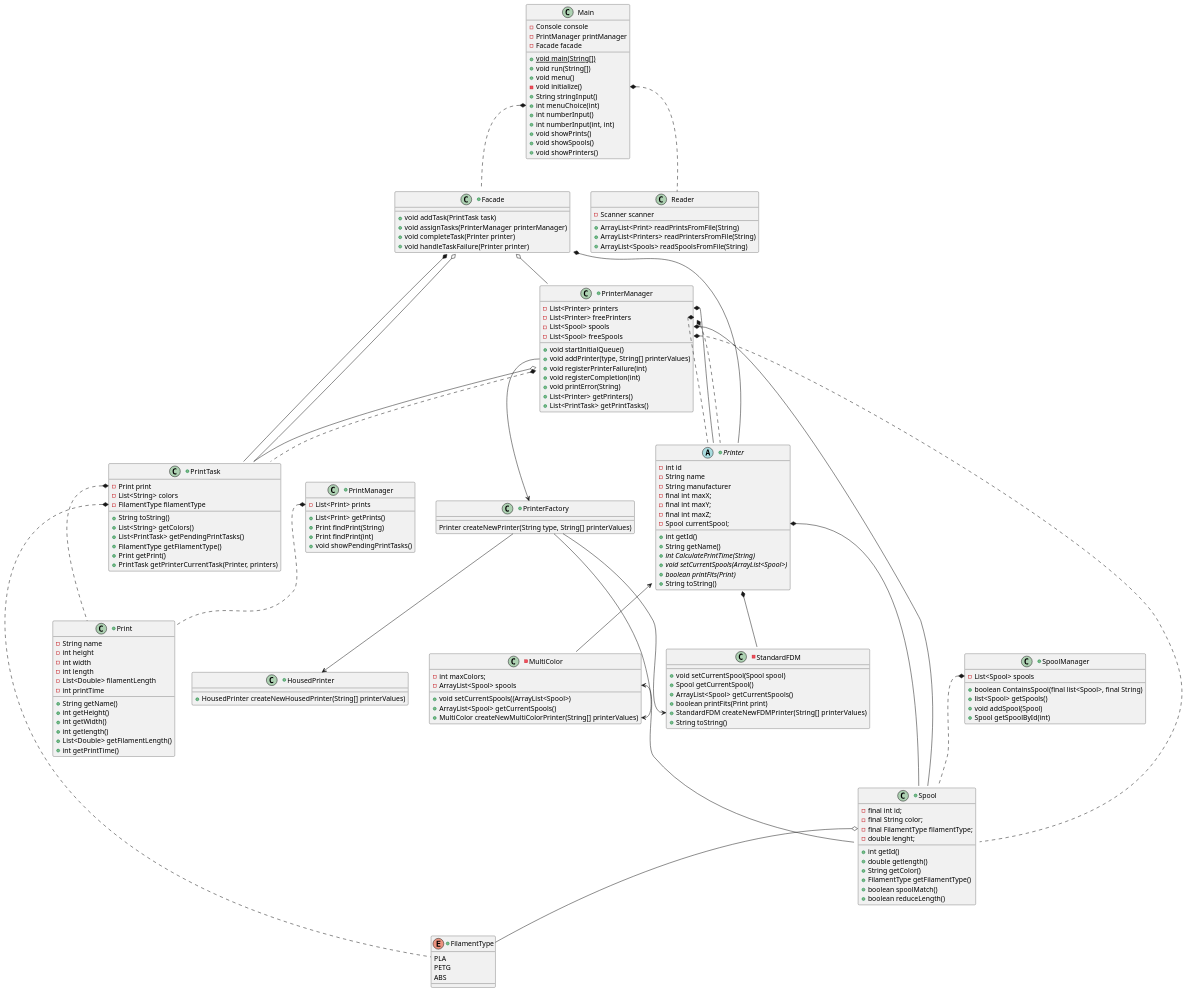
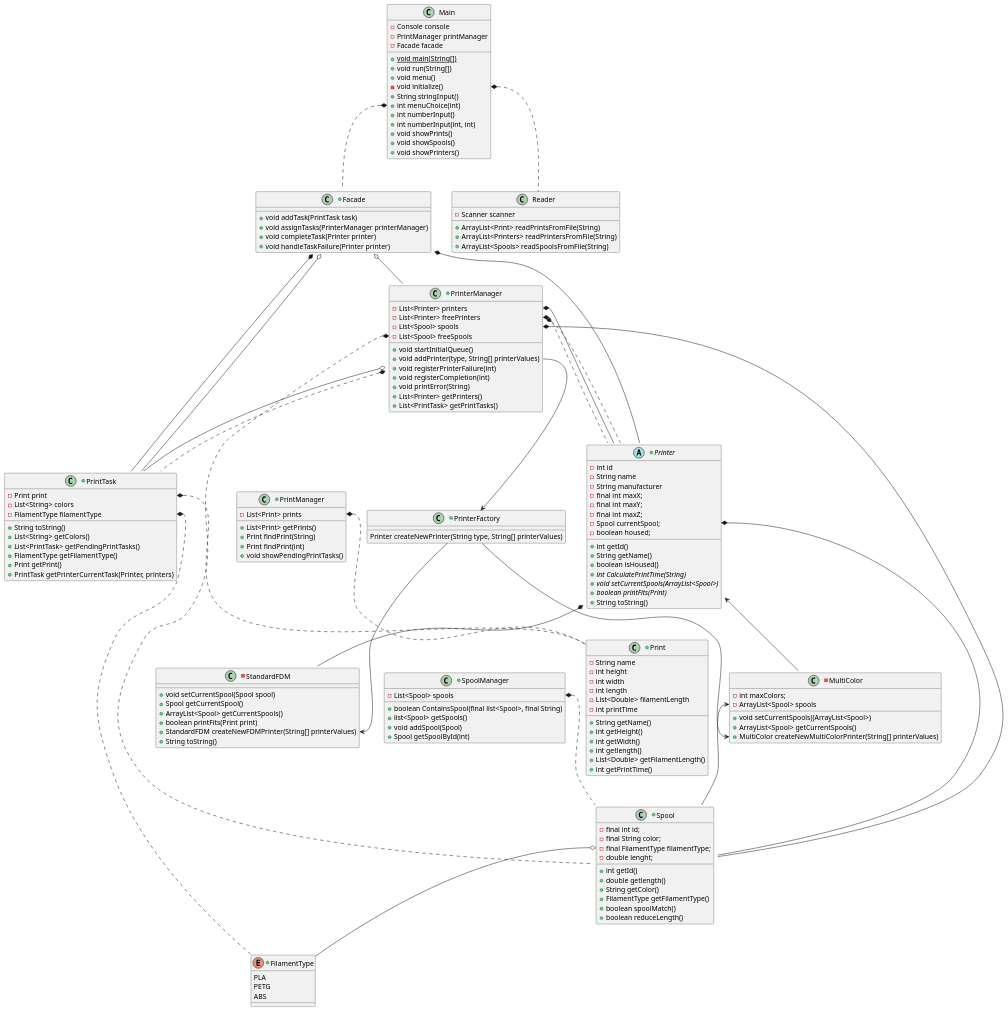
Before and after one commit to mhountsword/SysteemOntwerp: the diagram in 3dprintscheduler-main/docs/diagrams/NewClassDiagram.puml, drawn with PlantUML.

```diff
--- a/3dprintscheduler-main/docs/diagrams/NewClassDiagram.puml
+++ b/3dprintscheduler-main/docs/diagrams/NewClassDiagram.puml
@@ -1,187 +1,185 @@
 @startuml
 'https://plantuml.com/class-diagram
 
 class Main {
 -Console console
 -PrintManager printManager
 -Facade facade
 +{static}void main(String[])
 +void run(String[])
 +void menu()
 -void initialize()
 +String stringInput()
 +int menuChoice(int)
 +int numberInput()
 +int numberInput(int, int)
 +void showPrints()
 +void showSpools()
 +void showPrinters()
 }
 
 class Reader {
 -Scanner scanner
 +ArrayList<Print> readPrintsFromFile(String)
 +ArrayList<Printers> readPrintersFromFile(String)
 +ArrayList<Spools> readSpoolsFromFile(String)
 }
 
 Main::menuChoice *.. Facade
 Main::initialize *.. Reader
 
 +class PrinterManager{
 -List<Printer> printers
 -List<Printer> freePrinters
 -List<Spool> spools
 -List<Spool> freeSpools
 +void startInitialQueue()
 +void addPrinter(type, String[] printerValues)
 +void registerPrinterFailure(int)
 +void registerCompletion(int)
 +void printError(String)
 +List<Printer> getPrinters()
 +List<PrintTask> getPrintTasks()
 }
 PrinterManager::printers *-- Printer
 PrinterManager::freePrinters *.. Printer
 PrinterManager::pendingPrintTasks o-- PrintTask
 PrinterManager::spools *-- Spool
 PrinterManager::freeSpools *.. Spool
 PrinterManager::runningPrintTask *.. Printer
 PrinterManager::runningPrintTask *.. PrintTask
 
 +class Facade{
     + void addTask(PrintTask task)
     + void assignTasks(PrinterManager printerManager)
     + void completeTask(Printer printer)
     + void handleTaskFailure(Printer printer)
 }
 Facade::runningTasks *-- Printer
 Facade::runningTasks *-- PrintTask
 Facade o-- PrinterManager
 Facade o-- PrintTask
 
 +class PrintManager{
 -List<Print> prints
 +List<Print> getPrints()
 +Print findPrint(String)
 +Print findPrint(int)
 +void showPendingPrintTasks()
 }
 PrintManager::prints *.. Print
 
 
 +class SpoolManager{
 -List<Spool> spools
 +boolean ContainsSpool(final list<Spool>, final String)
 +list<Spool> getSpools()
 +void addSpool(Spool)
 +Spool getSpoolById(int)
 }
 
 SpoolManager::spools *.. Spool
 
 +class PrintTask{
 -Print print
 -List<String> colors
 -FilamentType filamentType
 +String toString()
 +List<String> getColors()
 +List<PrintTask> getPendingPrintTasks()
 +FilamentType getFilamentType()
 +Print getPrint()
 +PrintTask getPrinterCurrentTask(Printer, printers)
 }
 
 PrintTask::print *.. Print
 PrintTask::filamentType *.. FilamentType
 
 +enum FilamentType{
     PLA
     PETG
     ABS
 }
 
 +abstract class Printer{
 - int id
 -String name
 -String manufacturer
 + int getId()
 + String getName()
 - final int maxX;
 - final int maxY;
 - final int maxZ;
 - Spool currentSpool;
+- boolean housed;
++ boolean isHoused()
 + {abstract} int CalculatePrintTime(String)
-+{abstract} void setCurrentSpools(ArrayList<Spool>)
++ {abstract} void setCurrentSpools(ArrayList<Spool>)
 + {abstract} boolean printFits(Print)
 +String toString()
+
 }
 Printer::currentSpool *-- Spool
 
 +class Print{
 -String name
 - int height
 - int width
 - int length
 - List<Double> filamentLength
 - int printTime
 + String getName()
 + int getHeight()
 + int getWidth()
 + int getlength()
 + List<Double> getFilamentLength()
 + int getPrintTime()
 }
 
 +class Spool{
 - final int id;
 - final String color;
 - final FilamentType filamentType;
 -double lenght;
 +int getId()
 +double getlength()
 +String getColor()
 +FilamentType getFilamentType()
 + boolean spoolMatch()
 +boolean reduceLength()
 }
 
 Spool::filamentType o-- FilamentType
 
 
 -class StandardFDM{
 +void setCurrentSpool(Spool spool)
 +Spool getCurrentSpool()
 +ArrayList<Spool> getCurrentSpools()
 +boolean printFits(Print print)
 +StandardFDM createNewFDMPrinter(String[] printerValues)
 +String toString()
 }
 
-+class HousedPrinter{
-+HousedPrinter createNewHousedPrinter(String[] printerValues)
-}
-
 Printer *-- StandardFDM
 
 -class MultiColor{
 - int maxColors;
 - ArrayList<Spool> spools
 +void setCurrentSpools((ArrayList<Spool>)
 +ArrayList<Spool> getCurrentSpools()
 +MultiColor createNewMultiColorPrinter(String[] printerValues)
 }
 Printer <-- MultiColor
 MultiColor::spools <-- Spool
 
 +class PrinterFactory{
 Printer createNewPrinter(String type, String[] printerValues)
 }
 PrinterManager::addPrinter --> PrinterFactory
 PrinterFactory --> StandardFDM::createNewFDMPrinter
-PrinterFactory --> HousedPrinter
 PrinterFactory --> MultiColor::createNewMultiColorPrinter
 
 
 
 @enduml
```
